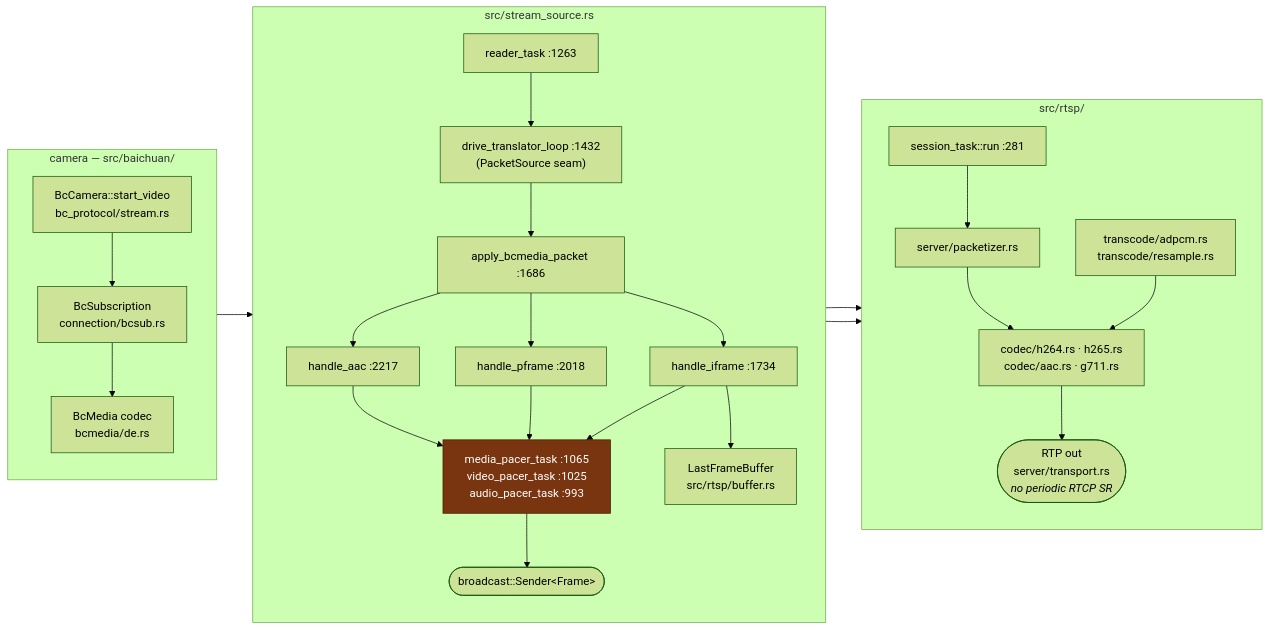
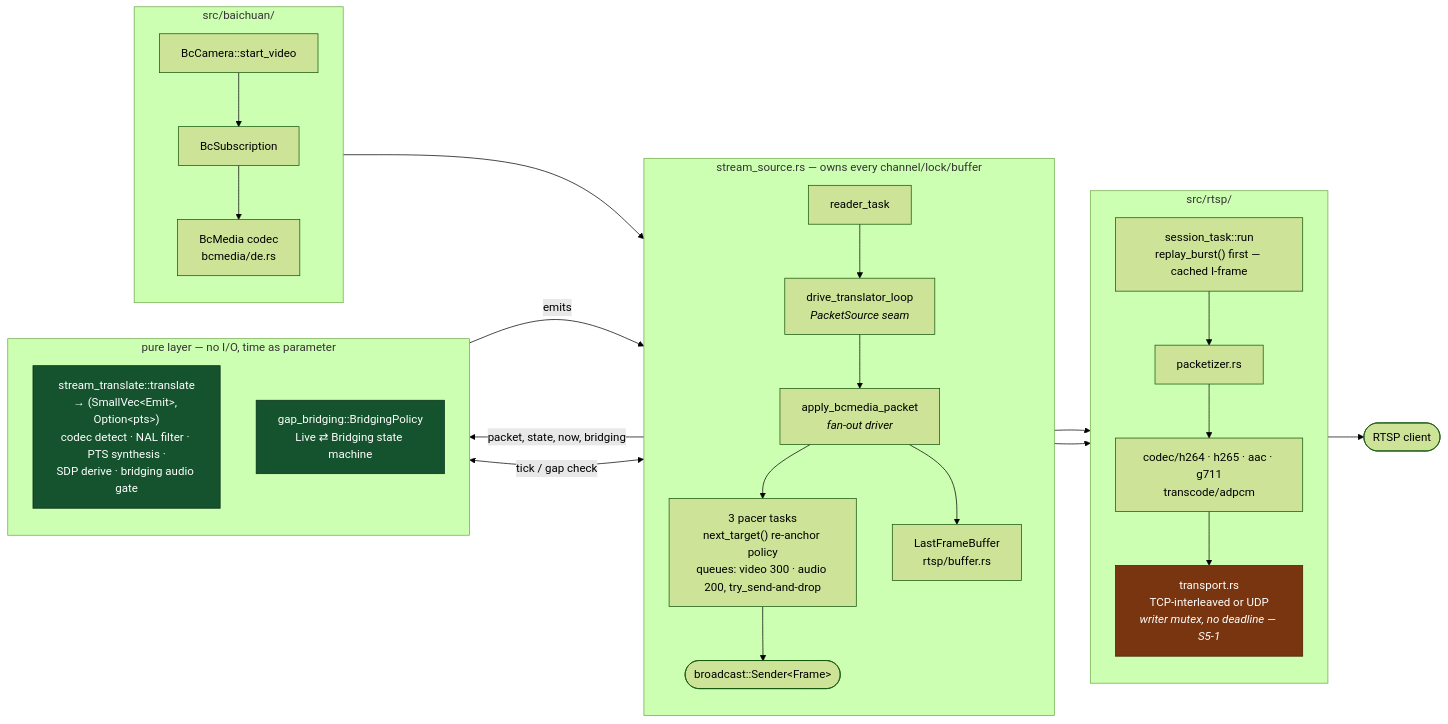
One commit to hsoj/bairelay changed the fifth of 14 diagrams in docs/code-paths.md. Above: the diagram before and after it, drawn with Mermaid (forest theme). The commit also changed other lines of this file and 7 other files, not shown here.

````diff
--- a/docs/code-paths.md
+++ b/docs/code-paths.md
@@ -267,52 +176,43 @@
 ```mermaid
 flowchart LR
-    subgraph CAM ["camera — src/baichuan/"]
+    subgraph CAM ["src/baichuan/"]
         direction TB
-        C1["BcCamera::start_video<br/>bc_protocol/stream.rs"]
-        C2["BcSubscription<br/>connection/bcsub.rs"]
-        C3["BcMedia codec<br/>bcmedia/de.rs"]
-        C1 --> C2 --> C3
+        C1["BcCamera::start_video"] --> C2["BcSubscription"] --> C3["BcMedia codec<br/>bcmedia/de.rs"]
     end
 
-    subgraph SRC ["src/stream_source.rs"]
+    subgraph DRV ["stream_source.rs — owns every channel/lock/buffer"]
         direction TB
-        R["reader_task :1263"]
-        T["drive_translator_loop :1432<br/>(PacketSource seam)"]
-        AP["apply_bcmedia_packet :1686"]
-        IF["handle_iframe :1734"]
-        PF["handle_pframe :2018"]
-        AA["handle_aac :2217"]
-        PACE["media_pacer_task :1065<br/>video_pacer_task :1025<br/>audio_pacer_task :993"]
-        BC(["broadcast::Sender&lt;Frame&gt;"])
-        LFB["LastFrameBuffer<br/>src/rtsp/buffer.rs"]
+        R["reader_task"] --> T["drive_translator_loop<br/><i>PacketSource seam</i>"]
+        T --> AP["apply_bcmedia_packet<br/><i>fan-out driver</i>"]
+        AP --> PACE["3 pacer tasks<br/>next_target() re-anchor policy<br/>queues: video 300 · audio 200, try_send-and-drop"]
+        PACE --> BCST(["broadcast::Sender&lt;Frame&gt;"])
+        AP --> LFB["LastFrameBuffer<br/>rtsp/buffer.rs"]
+    end
 
-        R --> T --> AP
-        AP --> IF
-        AP --> PF
-        AP --> AA
-        IF --> PACE
-        PF --> PACE
-        AA --> PACE
-        PACE --> BC
-        IF --> LFB
+    subgraph PURE ["pure layer — no I/O, time as parameter"]
+        direction TB
+        TR["stream_translate::translate<br/>→ (SmallVec&lt;Emit&gt;, Option&lt;pts&gt;)<br/>codec detect · NAL filter · PTS synthesis ·<br/>SDP derive · bridging audio gate"]
+        GB["gap_bridging::BridgingPolicy<br/>Live ⇄ Bridging state machine"]
     end
 
     subgraph OUT ["src/rtsp/"]
         direction TB
-        SUB["session_task::run :281"]
-        PK["server/packetizer.rs"]
-        CD["codec/h264.rs · h265.rs<br/>codec/aac.rs · g711.rs"]
-        TR["transcode/adpcm.rs<br/>transcode/resample.rs"]
-        RTP(["RTP out<br/>server/transport.rs<br/><i>no periodic RTCP SR</i>"])
-
-        SUB --> PK --> CD --> RTP
-        TR --> CD
+        ST["session_task::run<br/>replay_burst() first — cached I-frame"]
+        PK["packetizer.rs"] --> CD["codec/h264 · h265 · aac · g711<br/>transcode/adpcm"]
+        CD --> TP["transport.rs<br/>TCP-interleaved or UDP<br/><i>writer mutex, no deadline — S5-1</i>"]
+        ST --> PK
     end
 
     C3 --> R
-    BC --> SUB
-    LFB --> SUB
+    AP -->|"packet, state, now, bridging"| TR
+    TR -->|"emits"| AP
+    AP <-->|"tick / gap check"| GB
+    BCST --> ST
+    LFB --> ST
+    TP --> CLIENT(["RTSP client"])
 
-    classDef gap fill:#78350f,stroke:#451a03,color:#fff
-    class PACE gap
+    classDef pure fill:#14532d,stroke:#052e16,color:#fff
+    classDef warn fill:#78350f,stroke:#451a03,color:#fff
+    class TR,GB pure
+    class TP warn
 ```
````
